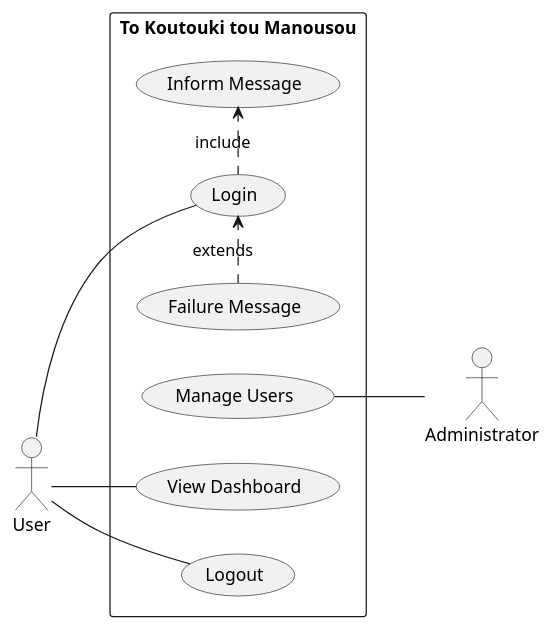
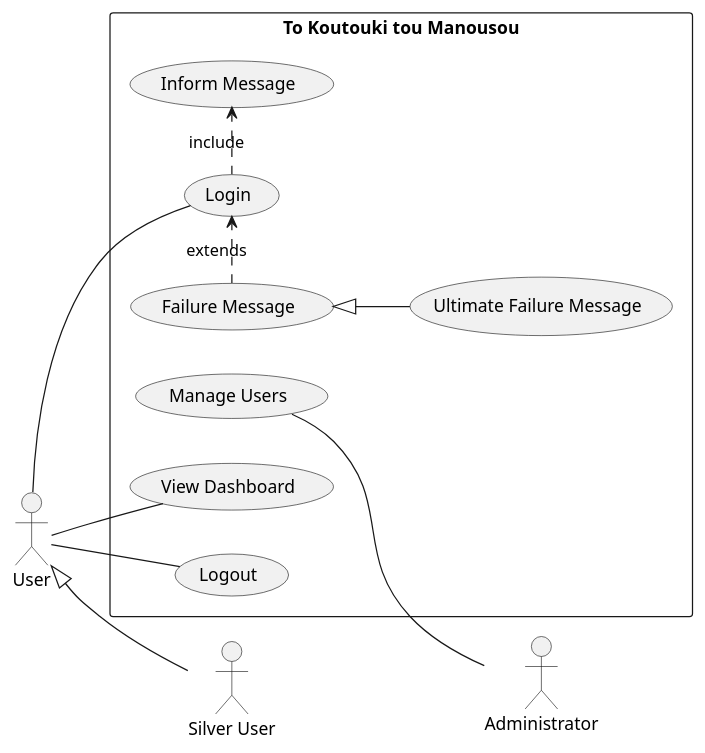
Before and after one commit to softwareDesign24/collaborateUML-ucd: the diagram in use-case.puml, drawn with PlantUML.

```diff
--- a/use-case.puml
+++ b/use-case.puml
@@ -1,46 +1,48 @@
 @startuml
 
 left to right direction
 
 actor "User" as usr
+actor "Silver User" as s_usr
 actor "Administrator" as admin
 
 rectangle "To Koutouki tou Manousou" {
   usecase "Login" as UC1
   usecase "View Dashboard" as UC2
   usecase "Logout" as UC3
   usecase "Manage Users" as UC4
   usecase "Inform Message" as UC5
   usecase "Failure Message" as UC6
-
+  usecase "Ultimate Failure Message" as UC7
 }
 
 usr -- UC1
 usr -- UC2
 usr -- UC3
 admin -up- UC4
 
 UC1 .> UC5 : include
 UC6 .> UC1 : extends
 
-
+usr <|-- s_usr
+UC6 <|-- UC7
 
 
 
 
 
 
 
 
 
 
 
 
 
 
 
 
 
 
 
 @enduml
```
